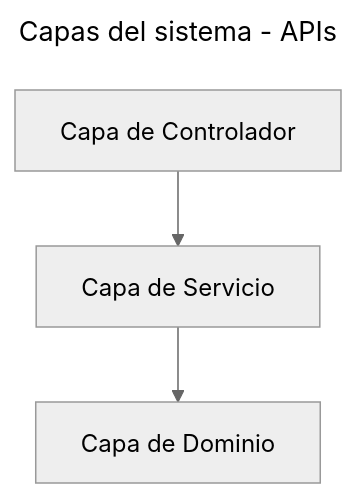
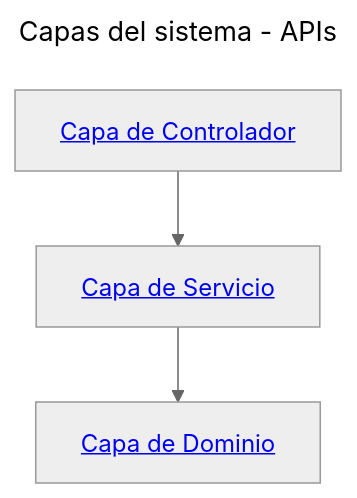
The diagram in README.md (IvanciniGT/appDiccionarios), drawn with Mermaid (neutral theme) before and after one commit.

Commit message:
Alta del proyecto

````diff
--- a/README.md
+++ b/README.md
@@ -11,14 +11,11 @@
 ```mermaid
 ---
 title: Capas del sistema - APIs
 ---
 graph TD
 
-B[Capa de Controlador]
-    B -->C[Capa de Servicio]
-    C -->D[Capa de Dominio]
-    click B "./capa-controlador.md" "Ver detalles"
-    click C "./capa-servicio.md" "Ver detalles"
-    click D "./capa-dominio.md" "Ver detalles"
+    B[<a href="./capa-controlador.md">Capa de Controlador</a>]
+    B -->C[<a href="./capa-servicio.md">Capa de Servicio</a>]
+    C -->D[<a href="./capa-dto.md">Capa de Dominio</a>]
 
 ```
````
